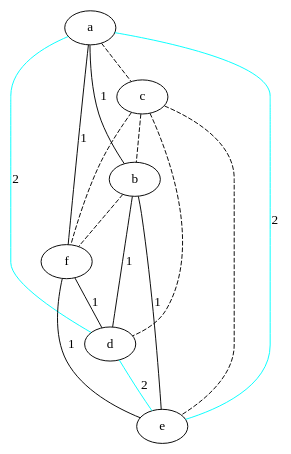
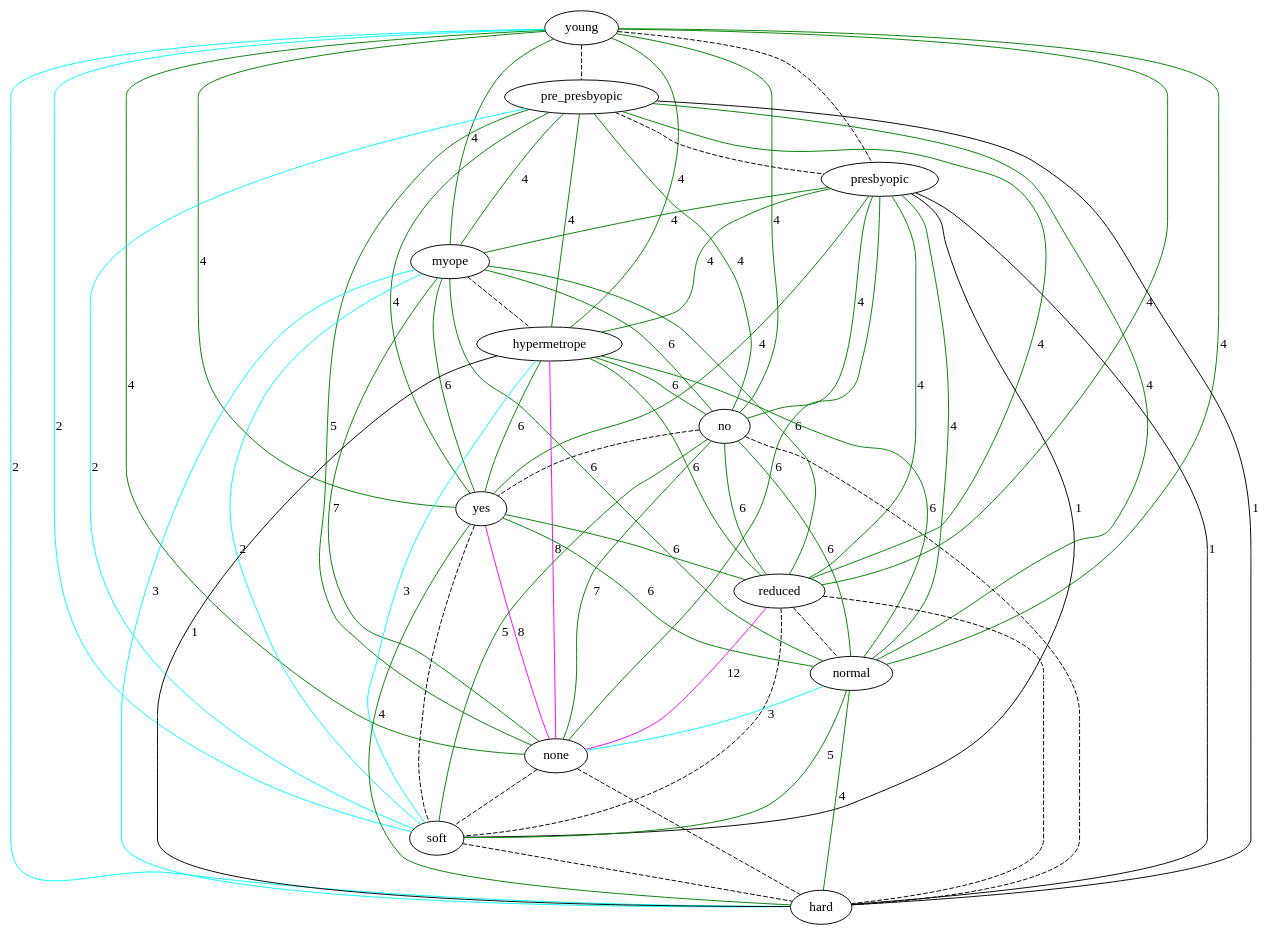
Before and after one commit to lrodrin/TFG: the diagram in src/final/exponentialGraph.dot, drawn with Graphviz. The commit also changed 13 other files, not shown here.

```diff
--- a/src/final/exponentialGraph.dot
+++ b/src/final/exponentialGraph.dot
@@ -1,23 +1,80 @@
 strict graph "" {
-a;
-c;
-b;
-f;
-d;
-e;
-a -- c  [color=black, style=dashed];
-a -- b  [color=black, label=1, style=solid];
-a -- f  [color=black, label=1, style=solid];
-a -- d  [color=cyan, label=2, style=solid];
-a -- e  [color=cyan, label=2, style=solid];
-c -- b  [color=black, style=dashed];
-c -- f  [color=black, style=dashed];
-c -- d  [color=black, style=dashed];
-c -- e  [color=black, style=dashed];
-b -- f  [color=black, style=dashed];
-b -- d  [color=black, label=1, style=solid];
-b -- e  [color=black, label=1, style=solid];
-f -- d  [color=black, label=1, style=solid];
-f -- e  [color=black, label=1, style=solid];
-d -- e  [color=cyan, label=2, style=solid];
+young;
+pre_presbyopic;
+presbyopic;
+myope;
+hypermetrope;
+no;
+yes;
+reduced;
+normal;
+none;
+soft;
+hard;
+young -- pre_presbyopic  [color=black, style=dashed];
+young -- presbyopic  [color=black, style=dashed];
+young -- myope  [color=green, label=4, style=solid];
+young -- hypermetrope  [color=green, label=4, style=solid];
+young -- no  [color=green, label=4, style=solid];
+young -- yes  [color=green, label=4, style=solid];
+young -- reduced  [color=green, label=4, style=solid];
+young -- normal  [color=green, label=4, style=solid];
+young -- none  [color=green, label=4, style=solid];
+young -- soft  [color=cyan, label=2, style=solid];
+young -- hard  [color=cyan, label=2, style=solid];
+pre_presbyopic -- presbyopic  [color=black, style=dashed];
+pre_presbyopic -- myope  [color=green, label=4, style=solid];
+pre_presbyopic -- hypermetrope  [color=green, label=4, style=solid];
+pre_presbyopic -- no  [color=green, label=4, style=solid];
+pre_presbyopic -- yes  [color=green, label=4, style=solid];
+pre_presbyopic -- reduced  [color=green, label=4, style=solid];
+pre_presbyopic -- normal  [color=green, label=4, style=solid];
+pre_presbyopic -- none  [color=green, label=5, style=solid];
+pre_presbyopic -- soft  [color=cyan, label=2, style=solid];
+pre_presbyopic -- hard  [color=black, label=1, style=solid];
+presbyopic -- myope  [color=green, label=4, style=solid];
+presbyopic -- hypermetrope  [color=green, label=4, style=solid];
+presbyopic -- no  [color=green, label=4, style=solid];
+presbyopic -- yes  [color=green, label=4, style=solid];
+presbyopic -- reduced  [color=green, label=4, style=solid];
+presbyopic -- normal  [color=green, label=4, style=solid];
+presbyopic -- none  [color=green, label=6, style=solid];
+presbyopic -- soft  [color=black, label=1, style=solid];
+presbyopic -- hard  [color=black, label=1, style=solid];
+myope -- hypermetrope  [color=black, style=dashed];
+myope -- no  [color=green, label=6, style=solid];
+myope -- yes  [color=green, label=6, style=solid];
+myope -- reduced  [color=green, label=6, style=solid];
+myope -- normal  [color=green, label=6, style=solid];
+myope -- none  [color=green, label=7, style=solid];
+myope -- soft  [color=cyan, label=2, style=solid];
+myope -- hard  [color=cyan, label=3, style=solid];
+hypermetrope -- no  [color=green, label=6, style=solid];
+hypermetrope -- yes  [color=green, label=6, style=solid];
+hypermetrope -- reduced  [color=green, label=6, style=solid];
+hypermetrope -- normal  [color=green, label=6, style=solid];
+hypermetrope -- none  [color=magenta, label=8, style=solid];
+hypermetrope -- soft  [color=cyan, label=3, style=solid];
+hypermetrope -- hard  [color=black, label=1, style=solid];
+no -- yes  [color=black, style=dashed];
+no -- reduced  [color=green, label=6, style=solid];
+no -- normal  [color=green, label=6, style=solid];
+no -- none  [color=green, label=7, style=solid];
+no -- soft  [color=green, label=5, style=solid];
+no -- hard  [color=black, style=dashed];
+yes -- reduced  [color=green, label=6, style=solid];
+yes -- normal  [color=green, label=6, style=solid];
+yes -- none  [color=magenta, label=8, style=solid];
+yes -- soft  [color=black, style=dashed];
+yes -- hard  [color=green, label=4, style=solid];
+reduced -- normal  [color=black, style=dashed];
+reduced -- none  [color=magenta, label=12, style=solid];
+reduced -- soft  [color=black, style=dashed];
+reduced -- hard  [color=black, style=dashed];
+normal -- none  [color=cyan, label=3, style=solid];
+normal -- soft  [color=green, label=5, style=solid];
+normal -- hard  [color=green, label=4, style=solid];
+none -- soft  [color=black, style=dashed];
+none -- hard  [color=black, style=dashed];
+soft -- hard  [color=black, style=dashed];
 }
```
